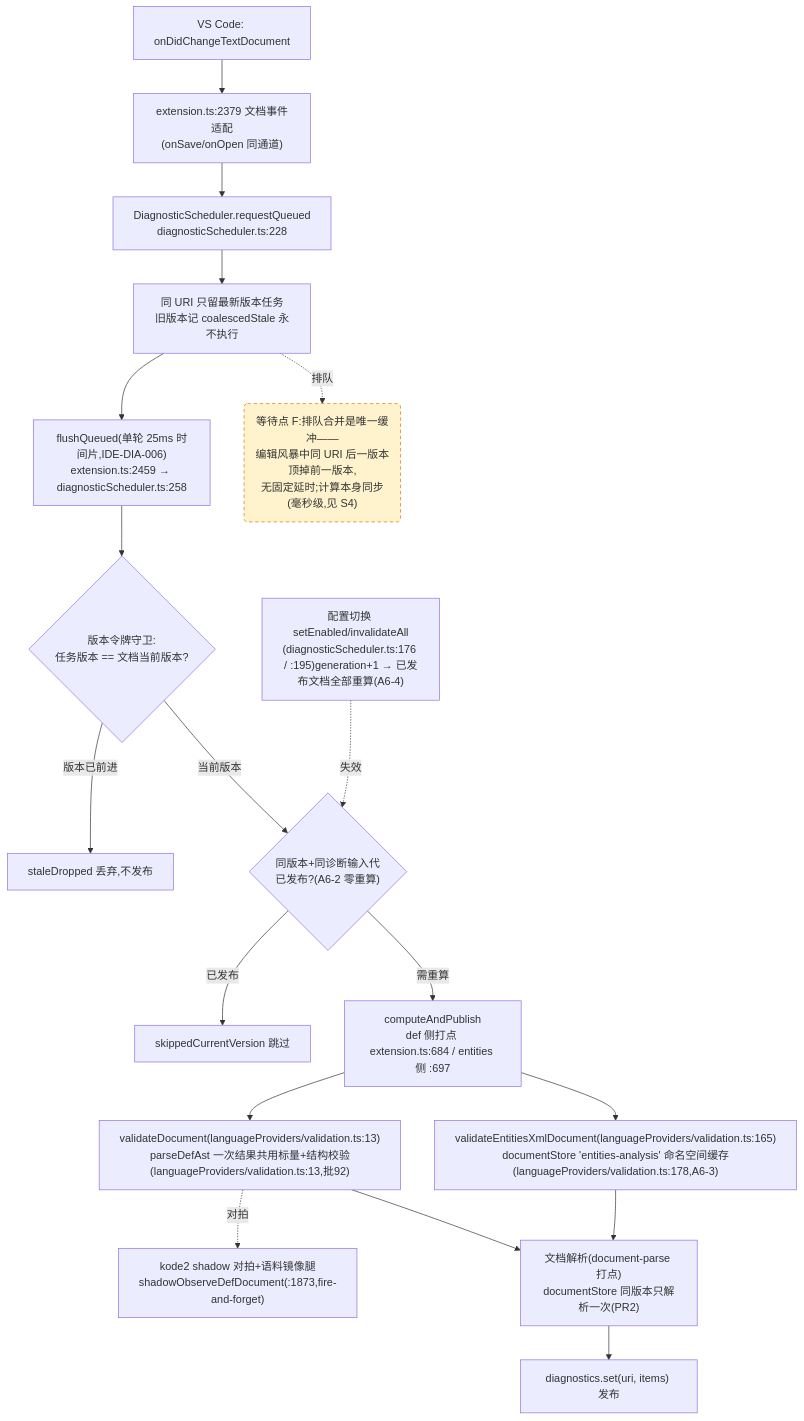
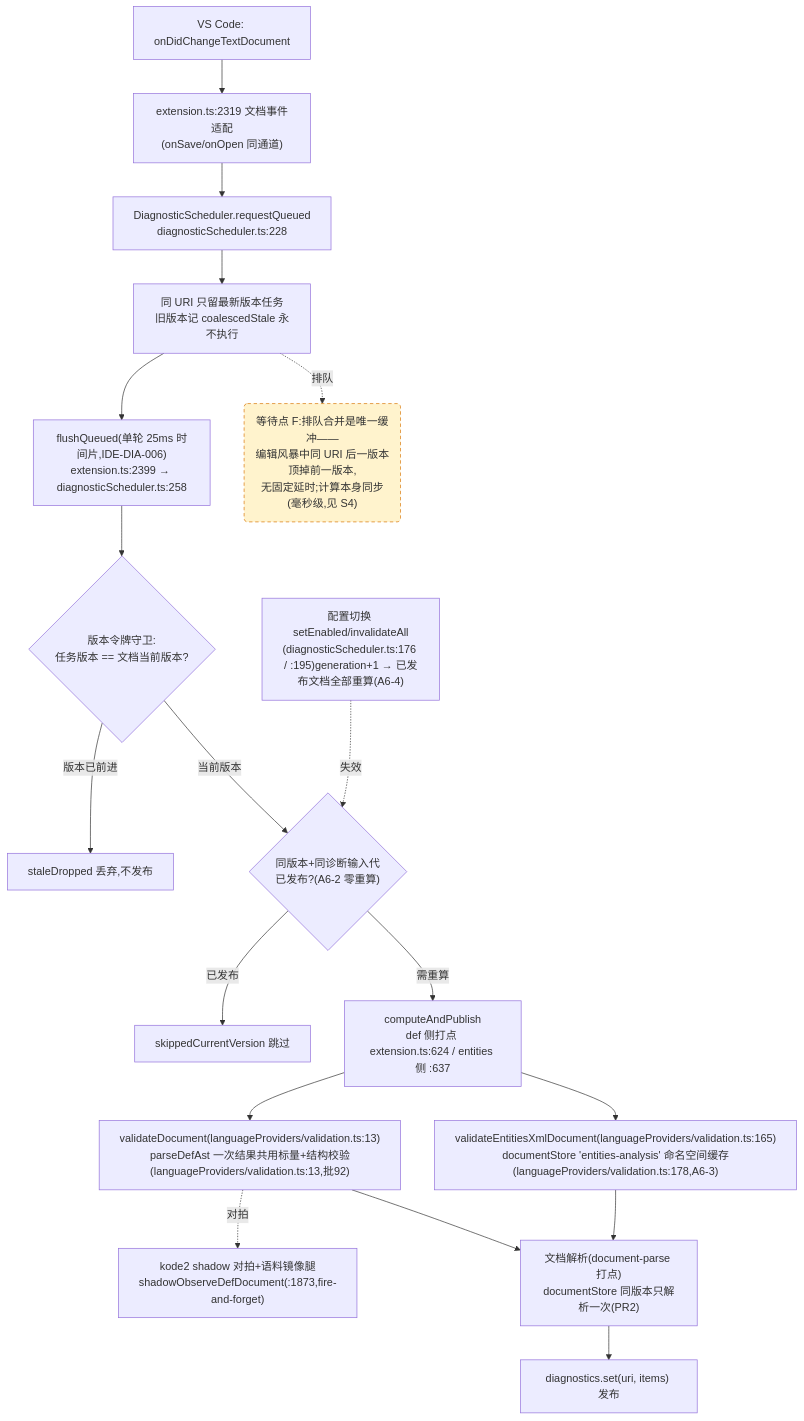
The fourth of 4 diagrams in docs/perf/2026-baseline.md (cuihairu/kode), drawn with Mermaid before and after one commit. The commit also changed other lines of this file and 5 other files, not shown here.

````diff
--- a/docs/perf/2026-baseline.md
+++ b/docs/perf/2026-baseline.md
@@ -214,38 +214,38 @@
 ```mermaid
 flowchart TD
   CHG["VS Code: onDidChangeTextDocument"]
-  WATCH["extension.ts:2379 文档事件适配<br/>(onSave/onOpen 同通道)"]
+  WATCH["extension.ts:2319 文档事件适配<br/>(onSave/onOpen 同通道)"]
   RQ["DiagnosticScheduler.requestQueued<br/>diagnosticScheduler.ts:228"]
   CO["同 URI 只留最新版本任务<br/>旧版本记 coalescedStale 永不执行"]
-  FL["flushQueued(单轮 25ms 时间片,IDE-DIA-006)<br/>extension.ts:2459 → diagnosticScheduler.ts:258"]
+  FL["flushQueued(单轮 25ms 时间片,IDE-DIA-006)<br/>extension.ts:2399 → diagnosticScheduler.ts:258"]
   VG{"版本令牌守卫:<br/>任务版本 == 文档当前版本?"}
   DROP["staleDropped 丢弃,不发布"]
   GEN{"同版本+同诊断输入代<br/>已发布?(A6-2 零重算)"}
   SKIP["skippedCurrentVersion 跳过"]
-  CALC["computeAndPublish<br/>def 侧打点 extension.ts:684 / entities 侧 :697"]
+  CALC["computeAndPublish<br/>def 侧打点 extension.ts:624 / entities 侧 :637"]
   VD["validateDocument(languageProviders/validation.ts:13)<br/>parseDefAst 一次结果共用标量+结构校验(languageProviders/validation.ts:13,批92)"]
   VEX["validateEntitiesXmlDocument(languageProviders/validation.ts:165)<br/>documentStore 'entities-analysis' 命名空间缓存(languageProviders/validation.ts:178,A6-3)"]
   SHDD["kode2 shadow 对拍+语料镜像腿<br/>shadowObserveDefDocument(:1873,fire-and-forget)"]
   DS["文档解析(document-parse 打点)<br/>documentStore 同版本只解析一次(PR2)"]
   PUB["diagnostics.set(uri, items) 发布"]
   CFG2["配置切换 setEnabled/invalidateAll<br/>(diagnosticScheduler.ts:176 / :195)generation+1 → 已发布文档全部重算(A6-4)"]
 
   CHG --> WATCH --> RQ --> CO --> FL --> VG
   VG -- "版本已前进" --> DROP
   VG -- "当前版本" --> GEN
   GEN -- "已发布" --> SKIP
   GEN -- "需重算" --> CALC
   CALC --> VD
   CALC --> VEX
   VD --> DS
   VEX --> DS
   DS --> PUB
   VD -.->|对拍| SHDD
   CFG2 -.->|失效| GEN
 
   WAITF("等待点 F:排队合并是唯一缓冲——<br/>编辑风暴中同 URI 后一版本顶掉前一版本,<br/>无固定延时;计算本身同步(毫秒级,见 S4)")
   CO -.->|排队| WAITF
 
   classDef waitPoint fill:#fff3cd,stroke:#d97706,stroke-dasharray:5 4;
   class WAITF waitPoint;
 ```
````
